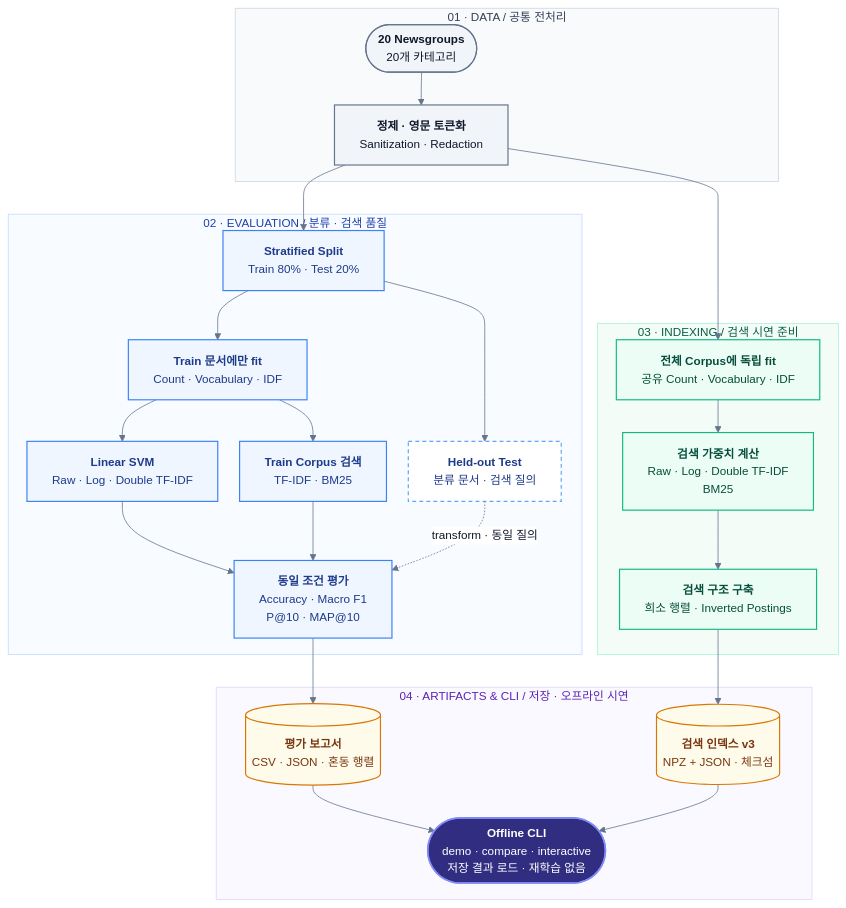
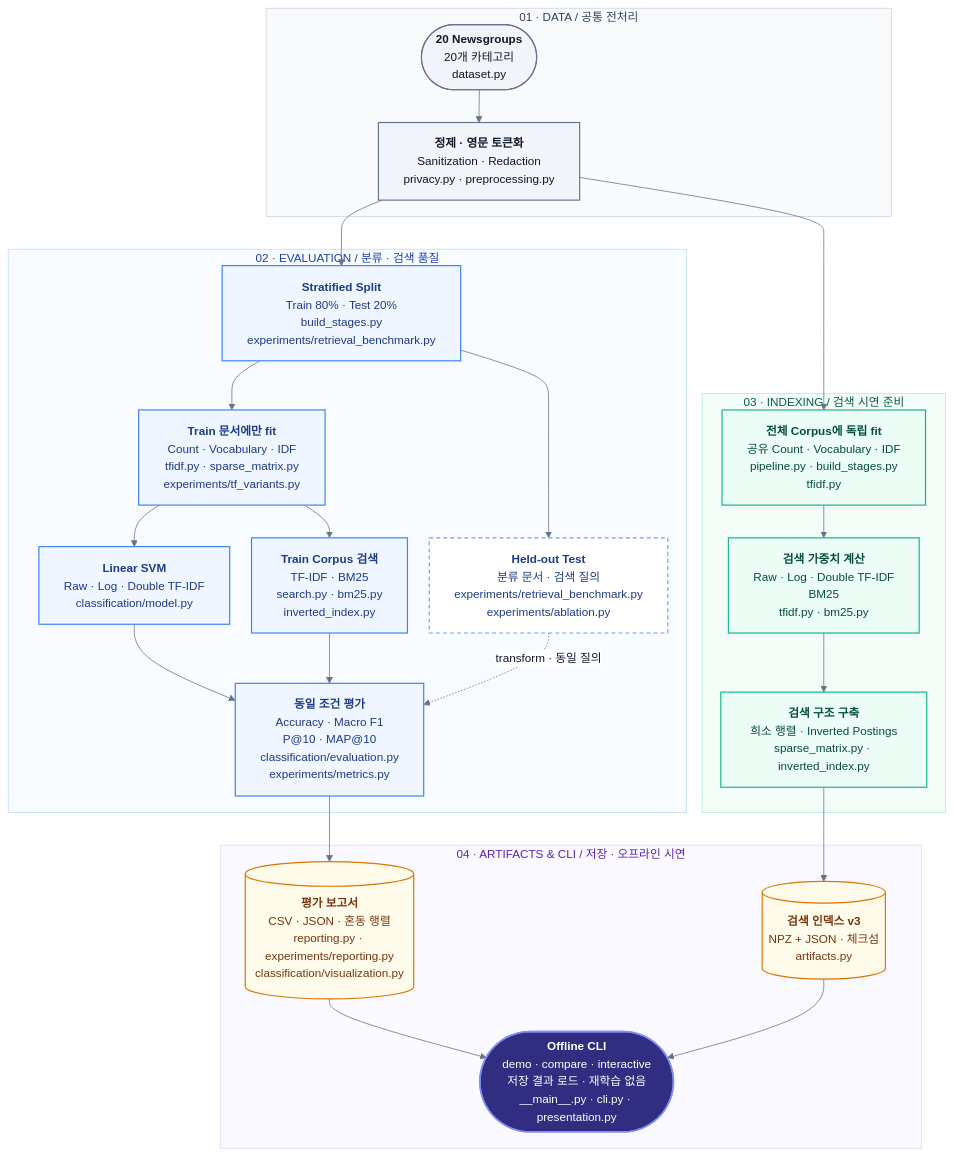
The diagram in README.md (shannonlee-dev/document-retrieval-classification-system), drawn with Mermaid before and after one commit. The commit also changed other lines of this file, not shown here.

Commit message:
docs: update README architecture

````diff
--- a/README.md
+++ b/README.md
@@ -50,61 +54,61 @@
 ```mermaid
 %%{init: {"theme": "base", "themeVariables": {"fontFamily": "sans-serif", "fontSize": "15px", "lineColor": "#64748b", "textColor": "#0f172a", "primaryTextColor": "#0f172a", "clusterBkg": "#f8fafc", "clusterBorder": "#cbd5e1", "edgeLabelBackground": "#ffffff"}, "flowchart": {"curve": "basis", "nodeSpacing": 28, "rankSpacing": 42, "padding": 16}}}%%
 flowchart TB
     subgraph INPUT["01 · DATA / 공통 전처리"]
-        DATA(["<b>20 Newsgroups</b><br/>20개 카테고리"])
-        CLEAN["<b>정제 · 영문 토큰화</b><br/>Sanitization · Redaction"]
+        DATA(["<b>20 Newsgroups</b><br/>20개 카테고리<br/>dataset.py"])
+        CLEAN["<b>정제 · 영문 토큰화</b><br/>Sanitization · Redaction<br/>privacy.py · preprocessing.py"]
         DATA --> CLEAN
     end
 
     subgraph EVAL["02 · EVALUATION / 분류 · 검색 품질"]
-        SPLIT["<b>Stratified Split</b><br/>Train 80% · Test 20%"]
-        TRAIN["<b>Train 문서에만 fit</b><br/>Count · Vocabulary · IDF"]
-        TEST["<b>Held-out Test</b><br/>분류 문서 · 검색 질의"]
-        SVM["<b>Linear SVM</b><br/>Raw · Log · Double TF-IDF"]
-        SEARCH["<b>Train Corpus 검색</b><br/>TF-IDF · BM25"]
-        METRICS["<b>동일 조건 평가</b><br/>Accuracy · Macro F1<br/>P@10 · MAP@10"]
+        SPLIT["<b>Stratified Split</b><br/>Train 80% · Test 20%<br/>build_stages.py<br/>experiments/retrieval_benchmark.py"]
+        TRAIN["<b>Train 문서에만 fit</b><br/>Count · Vocabulary · IDF<br/>tfidf.py · sparse_matrix.py<br/>experiments/tf_variants.py"]
+        TEST["<b>Held-out Test</b><br/>분류 문서 · 검색 질의<br/>experiments/retrieval_benchmark.py<br/>experiments/ablation.py"]
+        SVM["<b>Linear SVM</b><br/>Raw · Log · Double TF-IDF<br/>classification/model.py"]
+        SEARCH["<b>Train Corpus 검색</b><br/>TF-IDF · BM25<br/>search.py · bm25.py<br/>inverted_index.py"]
+        METRICS["<b>동일 조건 평가</b><br/>Accuracy · Macro F1<br/>P@10 · MAP@10<br/>classification/evaluation.py<br/>experiments/metrics.py"]
         SPLIT --> TRAIN & TEST
         TRAIN --> SVM & SEARCH
         SVM & SEARCH --> METRICS
         TEST -.->|transform · 동일 질의| METRICS
     end
 
     subgraph INDEX["03 · INDEXING / 검색 시연 준비"]
-        CORPUS["<b>전체 Corpus에 독립 fit</b><br/>공유 Count · Vocabulary · IDF"]
-        WEIGHTS["<b>검색 가중치 계산</b><br/>Raw · Log · Double TF-IDF<br/>BM25"]
-        POSTINGS["<b>검색 구조 구축</b><br/>희소 행렬 · Inverted Postings"]
+        CORPUS["<b>전체 Corpus에 독립 fit</b><br/>공유 Count · Vocabulary · IDF<br/>pipeline.py · build_stages.py<br/>tfidf.py"]
+        WEIGHTS["<b>검색 가중치 계산</b><br/>Raw · Log · Double TF-IDF<br/>BM25<br/>tfidf.py · bm25.py"]
+        POSTINGS["<b>검색 구조 구축</b><br/>희소 행렬 · Inverted Postings<br/>sparse_matrix.py · inverted_index.py"]
         CORPUS --> WEIGHTS --> POSTINGS
     end
 
     subgraph OUTPUT["04 · ARTIFACTS & CLI / 저장 · 오프라인 시연"]
-        REPORTS[("<b>평가 보고서</b><br/>CSV · JSON · 혼동 행렬")]
-        ARTIFACTS[("<b>검색 인덱스 v3</b><br/>NPZ + JSON · 체크섬")]
-        CLI(["<b>Offline CLI</b><br/>demo · compare · interactive<br/>저장 결과 로드 · 재학습 없음"])
+        REPORTS[("<b>평가 보고서</b><br/>CSV · JSON · 혼동 행렬<br/>reporting.py · experiments/reporting.py<br/>classification/visualization.py")]
+        ARTIFACTS[("<b>검색 인덱스 v3</b><br/>NPZ + JSON · 체크섬<br/>artifacts.py")]
+        CLI(["<b>Offline CLI</b><br/>demo · compare · interactive<br/>저장 결과 로드 · 재학습 없음<br/>__main__.py · cli.py · presentation.py"])
         REPORTS --> CLI
         ARTIFACTS --> CLI
     end
 
     CLEAN --> SPLIT
     CLEAN --> CORPUS
     METRICS --> REPORTS
     POSTINGS --> ARTIFACTS
 
     classDef source fill:#f1f5f9,stroke:#64748b,color:#0f172a,stroke-width:1.5px
     classDef evaluation fill:#eff6ff,stroke:#3b82f6,color:#1e3a8a,stroke-width:1.5px
     classDef heldout fill:#ffffff,stroke:#60a5fa,color:#1e3a8a,stroke-width:1.5px,stroke-dasharray:5 4
     classDef indexing fill:#ecfdf5,stroke:#10b981,color:#064e3b,stroke-width:1.5px
     classDef artifact fill:#fffbeb,stroke:#d97706,color:#78350f,stroke-width:1.5px
     classDef terminal fill:#312e81,stroke:#818cf8,color:#ffffff,stroke-width:2px
 
     class DATA,CLEAN source
     class SPLIT,TRAIN,SVM,SEARCH,METRICS evaluation
     class TEST heldout
     class CORPUS,WEIGHTS,POSTINGS indexing
     class REPORTS,ARTIFACTS artifact
     class CLI terminal
 
     style INPUT fill:#f8fafc,stroke:#cbd5e1,color:#334155,stroke-width:1px
     style EVAL fill:#f8fbff,stroke:#bfdbfe,color:#1e40af,stroke-width:1px
     style INDEX fill:#f4fcf8,stroke:#a7f3d0,color:#065f46,stroke-width:1px
     style OUTPUT fill:#faf9ff,stroke:#ddd6fe,color:#5b21b6,stroke-width:1px
 ```
````
